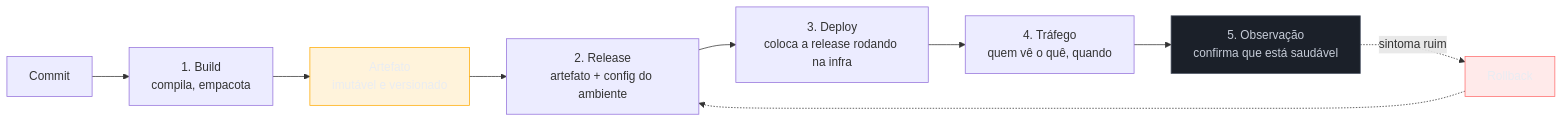
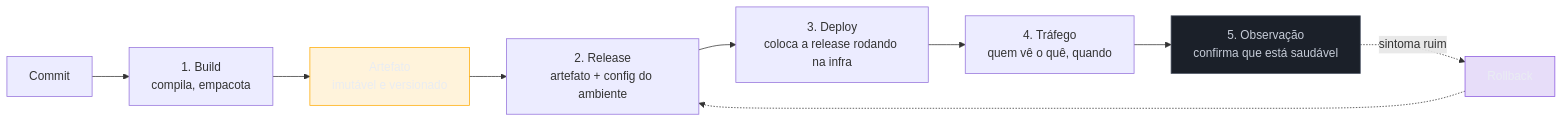
Before and after one commit to josenaldo/codex-technomanticus: the first of 3 diagrams in 03-Dominios/Engenharia/Operação/1 - O ofício de operar/03 - O ciclo de vida de um deploy.md, drawn with Mermaid. The commit also changed 601 other files, not shown here.

````diff
--- a/03-Dominios/Engenharia/Operação/1 - O ofício de operar/03 - O ciclo de vida de um deploy.md
+++ b/03-Dominios/Engenharia/Operação/1 - O ofício de operar/03 - O ciclo de vida de um deploy.md
@@ -36,18 +36,18 @@
 ```mermaid
 graph LR
+    classDef marca fill:#8855DF33,stroke:#8855DF,color:#E9ECF2
     classDef destaque fill:#FFAA0024,stroke:#FFAA00,color:#E9ECF2
     classDef neutro fill:#1B2029,stroke:#4E5666,color:#C6CCD8
-    classDef falha fill:#FF6B6B24,stroke:#FF6B6B,color:#E9ECF2
     C["Commit"] --> B["1. Build<br/>compila, empacota"]
     B --> A["Artefato<br/>imutável e versionado"]
     A --> R["2. Release<br/>artefato + config do ambiente"]
     R --> D["3. Deploy<br/>coloca a release rodando na infra"]
     D --> T["4. Tráfego<br/>quem vê o quê, quando"]
     T --> O["5. Observação<br/>confirma que está saudável"]
     O -.->|"sintoma ruim"| RB["Rollback"]
     RB -.-> R
 
     class A destaque
     class O neutro
-    class RB falha
+    class RB marca
 ```
````
